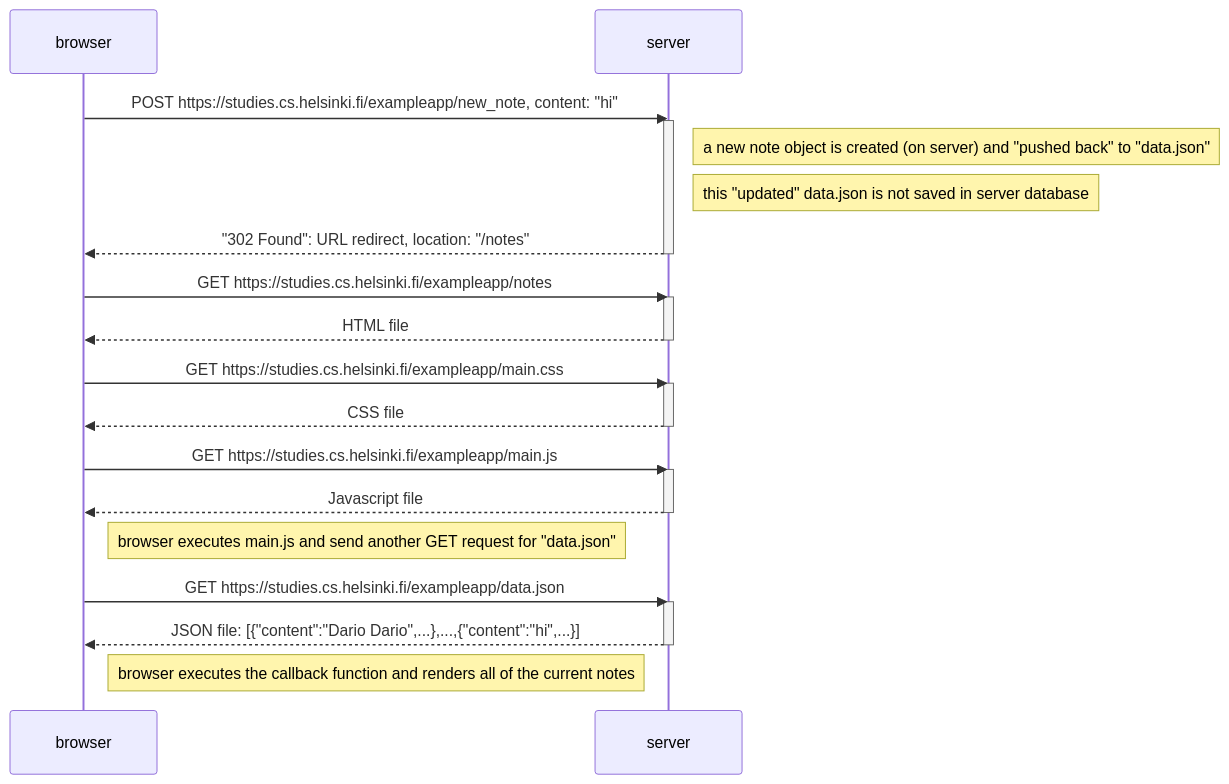
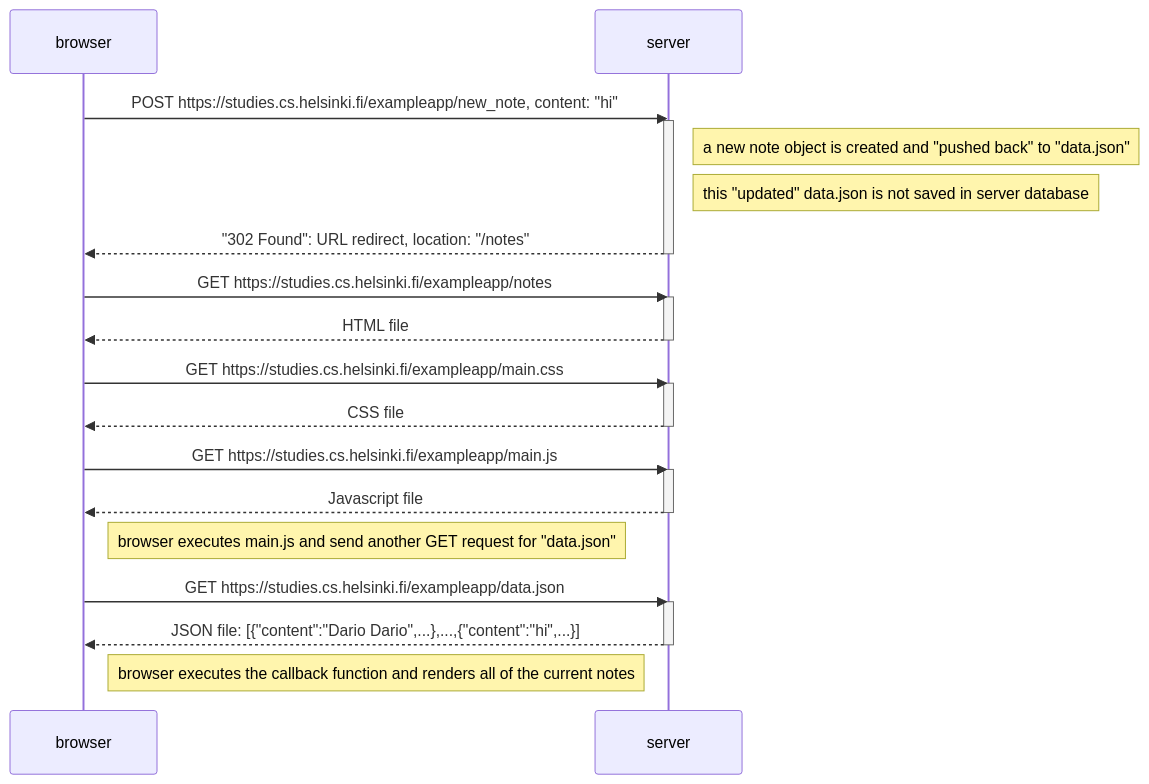
One commit to aeryskyB/part0-fullstackopen-23 changed the diagram in exercises/04_new_note_diagram.md. Above: the diagram before and after it, drawn with Mermaid.

Commit message:
Update 04_new_note_diagram.md
--update
    slight change

````diff
--- a/exercises/04_new_note_diagram.md
+++ b/exercises/04_new_note_diagram.md
@@ -1,35 +1,35 @@
 ```mermaid
 sequenceDiagram
     participant browser
     participant server
 
     browser->>server: POST https://studies.cs.helsinki.fi/exampleapp/new_note, content: "hi"
     activate server
-    Note right of server: a new note object is created (on server) and "pushed back" to "data.json"
+    Note right of server: a new note object is created and "pushed back" to "data.json"
     Note right of server: this "updated" data.json is not saved in server database
     server-->>browser: "302 Found": URL redirect, location: "/notes"
     deactivate server
 
     browser->>server: GET https://studies.cs.helsinki.fi/exampleapp/notes
     activate server
     server-->>browser: HTML file
     deactivate server
 
     browser->>server: GET https://studies.cs.helsinki.fi/exampleapp/main.css
     activate server
     server-->>browser: CSS file
     deactivate server
 
     browser->>server: GET https://studies.cs.helsinki.fi/exampleapp/main.js
     activate server
     server-->>browser: Javascript file
     deactivate server
 
     Note right of browser: browser executes main.js and send another GET request for "data.json"
     browser->>server: GET https://studies.cs.helsinki.fi/exampleapp/data.json
     activate server
     server-->>browser: JSON file: [{"content":"Dario Dario",...},...,{"content":"hi",...}]
     deactivate server
 
     Note right of browser: browser executes the callback function and renders all of the current notes
 ```
````
